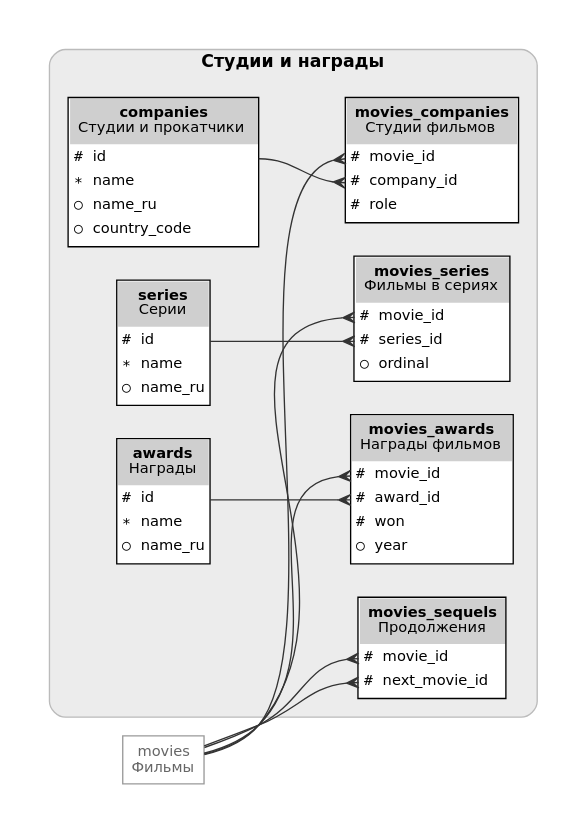
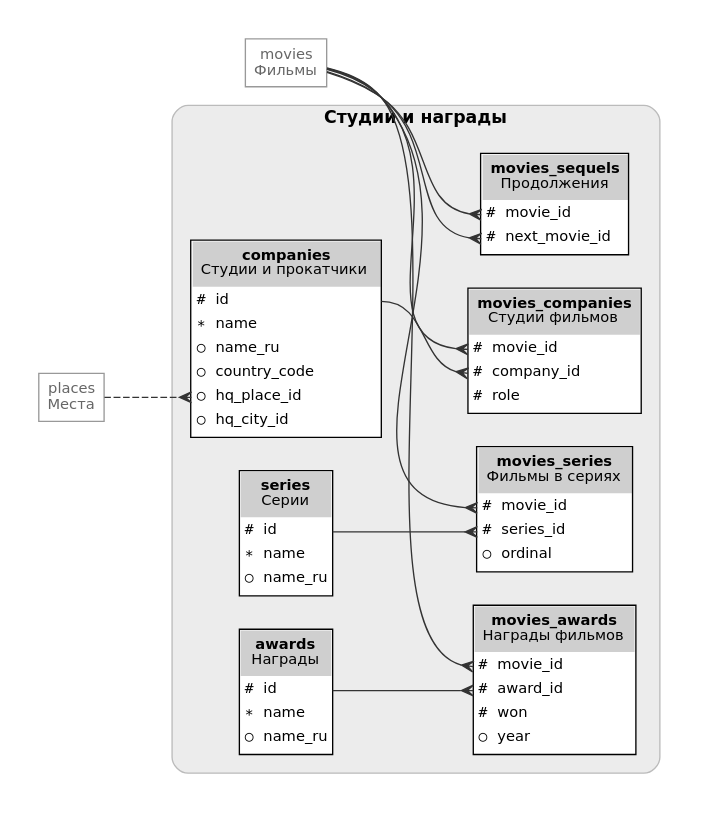
The diagram in mov/schema/schema-studios.dot (Hammerhall/hammerhall-data), drawn with Graphviz before and after one commit. The commit also changed 39 other files, not shown here.

```diff
--- a/mov/schema/schema-studios.dot
+++ b/mov/schema/schema-studios.dot
@@ -1,27 +1,29 @@
 // mov-data-v1 — группа «Студии и награды»: все поля её таблиц; таблицы других групп, на которые они ссылаются, — серой рамкой.
 // Сгенерировано из описания схемы; руками не править. Картинка (SVG): tools/schema-svg.sh mov.
 digraph schema {
   graph [rankdir=LR, fontname="DejaVu Sans", fontsize=13, nodesep=0.35, ranksep=0.9, pad=0.3, splines=true, newrank=true];
   node [shape=plain, fontname="DejaVu Sans", fontsize=11];
   edge [dir=both, arrowtail=none, arrowhead=crow, arrowsize=0.9, color="#333333"];
   subgraph "cluster_studios" {
     label=<<B>Студии и награды</B>>;
     style="rounded,filled"; fillcolor="#ececec"; color="#bbbbbb"; margin=14;
-    "companies" [label=<<TABLE BORDER="1" CELLBORDER="0" CELLSPACING="0" CELLPADDING="3" BGCOLOR="white"><TR><TD BGCOLOR="#cfcfcf" CELLPADDING="6"><B>companies</B><BR/>Студии и прокатчики</TD></TR><TR><TD CELLPADDING="1"></TD></TR><TR><TD ALIGN="LEFT" PORT="id"><FONT FACE="DejaVu Sans Mono"># </FONT>id</TD></TR><TR><TD ALIGN="LEFT" PORT="name"><FONT FACE="DejaVu Sans Mono">∗ </FONT>name</TD></TR><TR><TD ALIGN="LEFT" PORT="name_ru"><FONT FACE="DejaVu Sans Mono">○ </FONT>name_ru</TD></TR><TR><TD ALIGN="LEFT" PORT="country_code"><FONT FACE="DejaVu Sans Mono">○ </FONT>country_code</TD></TR><TR><TD CELLPADDING="1"></TD></TR></TABLE>>];
+    "companies" [label=<<TABLE BORDER="1" CELLBORDER="0" CELLSPACING="0" CELLPADDING="3" BGCOLOR="white"><TR><TD BGCOLOR="#cfcfcf" CELLPADDING="6"><B>companies</B><BR/>Студии и прокатчики</TD></TR><TR><TD CELLPADDING="1"></TD></TR><TR><TD ALIGN="LEFT" PORT="id"><FONT FACE="DejaVu Sans Mono"># </FONT>id</TD></TR><TR><TD ALIGN="LEFT" PORT="name"><FONT FACE="DejaVu Sans Mono">∗ </FONT>name</TD></TR><TR><TD ALIGN="LEFT" PORT="name_ru"><FONT FACE="DejaVu Sans Mono">○ </FONT>name_ru</TD></TR><TR><TD ALIGN="LEFT" PORT="country_code"><FONT FACE="DejaVu Sans Mono">○ </FONT>country_code</TD></TR><TR><TD ALIGN="LEFT" PORT="hq_place_id"><FONT FACE="DejaVu Sans Mono">○ </FONT>hq_place_id</TD></TR><TR><TD ALIGN="LEFT" PORT="hq_city_id"><FONT FACE="DejaVu Sans Mono">○ </FONT>hq_city_id</TD></TR><TR><TD CELLPADDING="1"></TD></TR></TABLE>>];
     "movies_companies" [label=<<TABLE BORDER="1" CELLBORDER="0" CELLSPACING="0" CELLPADDING="3" BGCOLOR="white"><TR><TD BGCOLOR="#cfcfcf" CELLPADDING="6"><B>movies_companies</B><BR/>Студии фильмов</TD></TR><TR><TD CELLPADDING="1"></TD></TR><TR><TD ALIGN="LEFT" PORT="movie_id"><FONT FACE="DejaVu Sans Mono"># </FONT>movie_id</TD></TR><TR><TD ALIGN="LEFT" PORT="company_id"><FONT FACE="DejaVu Sans Mono"># </FONT>company_id</TD></TR><TR><TD ALIGN="LEFT" PORT="role"><FONT FACE="DejaVu Sans Mono"># </FONT>role</TD></TR><TR><TD CELLPADDING="1"></TD></TR></TABLE>>];
     "series" [label=<<TABLE BORDER="1" CELLBORDER="0" CELLSPACING="0" CELLPADDING="3" BGCOLOR="white"><TR><TD BGCOLOR="#cfcfcf" CELLPADDING="6"><B>series</B><BR/>Серии</TD></TR><TR><TD CELLPADDING="1"></TD></TR><TR><TD ALIGN="LEFT" PORT="id"><FONT FACE="DejaVu Sans Mono"># </FONT>id</TD></TR><TR><TD ALIGN="LEFT" PORT="name"><FONT FACE="DejaVu Sans Mono">∗ </FONT>name</TD></TR><TR><TD ALIGN="LEFT" PORT="name_ru"><FONT FACE="DejaVu Sans Mono">○ </FONT>name_ru</TD></TR><TR><TD CELLPADDING="1"></TD></TR></TABLE>>];
     "movies_series" [label=<<TABLE BORDER="1" CELLBORDER="0" CELLSPACING="0" CELLPADDING="3" BGCOLOR="white"><TR><TD BGCOLOR="#cfcfcf" CELLPADDING="6"><B>movies_series</B><BR/>Фильмы в сериях</TD></TR><TR><TD CELLPADDING="1"></TD></TR><TR><TD ALIGN="LEFT" PORT="movie_id"><FONT FACE="DejaVu Sans Mono"># </FONT>movie_id</TD></TR><TR><TD ALIGN="LEFT" PORT="series_id"><FONT FACE="DejaVu Sans Mono"># </FONT>series_id</TD></TR><TR><TD ALIGN="LEFT" PORT="ordinal"><FONT FACE="DejaVu Sans Mono">○ </FONT>ordinal</TD></TR><TR><TD CELLPADDING="1"></TD></TR></TABLE>>];
     "movies_sequels" [label=<<TABLE BORDER="1" CELLBORDER="0" CELLSPACING="0" CELLPADDING="3" BGCOLOR="white"><TR><TD BGCOLOR="#cfcfcf" CELLPADDING="6"><B>movies_sequels</B><BR/>Продолжения</TD></TR><TR><TD CELLPADDING="1"></TD></TR><TR><TD ALIGN="LEFT" PORT="movie_id"><FONT FACE="DejaVu Sans Mono"># </FONT>movie_id</TD></TR><TR><TD ALIGN="LEFT" PORT="next_movie_id"><FONT FACE="DejaVu Sans Mono"># </FONT>next_movie_id</TD></TR><TR><TD CELLPADDING="1"></TD></TR></TABLE>>];
     "awards" [label=<<TABLE BORDER="1" CELLBORDER="0" CELLSPACING="0" CELLPADDING="3" BGCOLOR="white"><TR><TD BGCOLOR="#cfcfcf" CELLPADDING="6"><B>awards</B><BR/>Награды</TD></TR><TR><TD CELLPADDING="1"></TD></TR><TR><TD ALIGN="LEFT" PORT="id"><FONT FACE="DejaVu Sans Mono"># </FONT>id</TD></TR><TR><TD ALIGN="LEFT" PORT="name"><FONT FACE="DejaVu Sans Mono">∗ </FONT>name</TD></TR><TR><TD ALIGN="LEFT" PORT="name_ru"><FONT FACE="DejaVu Sans Mono">○ </FONT>name_ru</TD></TR><TR><TD CELLPADDING="1"></TD></TR></TABLE>>];
     "movies_awards" [label=<<TABLE BORDER="1" CELLBORDER="0" CELLSPACING="0" CELLPADDING="3" BGCOLOR="white"><TR><TD BGCOLOR="#cfcfcf" CELLPADDING="6"><B>movies_awards</B><BR/>Награды фильмов</TD></TR><TR><TD CELLPADDING="1"></TD></TR><TR><TD ALIGN="LEFT" PORT="movie_id"><FONT FACE="DejaVu Sans Mono"># </FONT>movie_id</TD></TR><TR><TD ALIGN="LEFT" PORT="award_id"><FONT FACE="DejaVu Sans Mono"># </FONT>award_id</TD></TR><TR><TD ALIGN="LEFT" PORT="won"><FONT FACE="DejaVu Sans Mono"># </FONT>won</TD></TR><TR><TD ALIGN="LEFT" PORT="year"><FONT FACE="DejaVu Sans Mono">○ </FONT>year</TD></TR><TR><TD CELLPADDING="1"></TD></TR></TABLE>>];
   }
   "movies" [label=<<TABLE BORDER="1" CELLBORDER="0" CELLSPACING="0" CELLPADDING="5" COLOR="#999999" BGCOLOR="white"><TR><TD><FONT COLOR="#666666">movies<BR/>Фильмы</FONT></TD></TR></TABLE>>];
+  "places" [label=<<TABLE BORDER="1" CELLBORDER="0" CELLSPACING="0" CELLPADDING="5" COLOR="#999999" BGCOLOR="white"><TR><TD><FONT COLOR="#666666">places<BR/>Места</FONT></TD></TR></TABLE>>];
+  "places" -> "companies":"hq_place_id" [style=dashed];
   "movies" -> "movies_companies":"movie_id";
   "companies":"id" -> "movies_companies":"company_id";
   "movies" -> "movies_series":"movie_id";
   "series":"id" -> "movies_series":"series_id";
   "movies" -> "movies_sequels":"movie_id";
   "movies" -> "movies_sequels":"next_movie_id";
   "movies" -> "movies_awards":"movie_id";
   "awards":"id" -> "movies_awards":"award_id";
 }
```
